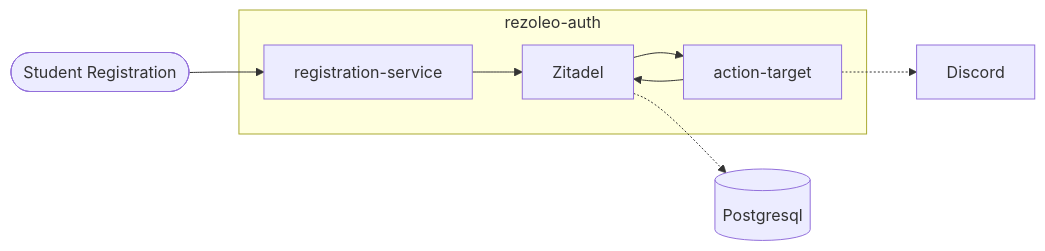
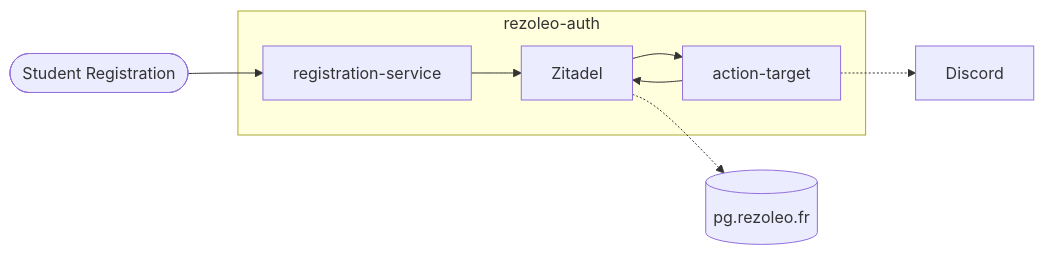
The diagram in README.md (rezoleo/rezoleo-auth), drawn with Mermaid before and after one commit. The commit also changed 1 other file, not shown here.

Commit message:
feat: externalize postgresql db

````diff
--- a/README.md
+++ b/README.md
@@ -16,15 +16,15 @@
 ```mermaid
 graph LR
     SR([Student Registration]):::input
     subgraph Backend["rezoleo-auth"]
         RS[registration-service]
         Z[Zitadel]
         AT[action-target]
         RS --> Z
         Z --> AT
         AT --> Z
     end
     AT -.-> DC[Discord]
-    Z -.-> DB[(Postgresql)]
+    Z -.-> DB[(pg.rezoleo.fr)]
     SR --> RS
 ```
````
